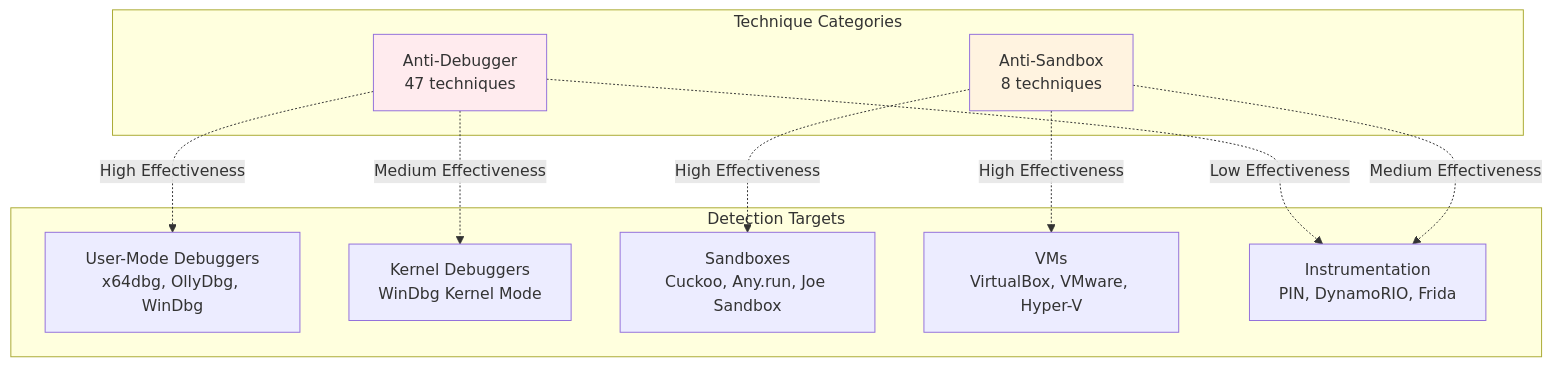
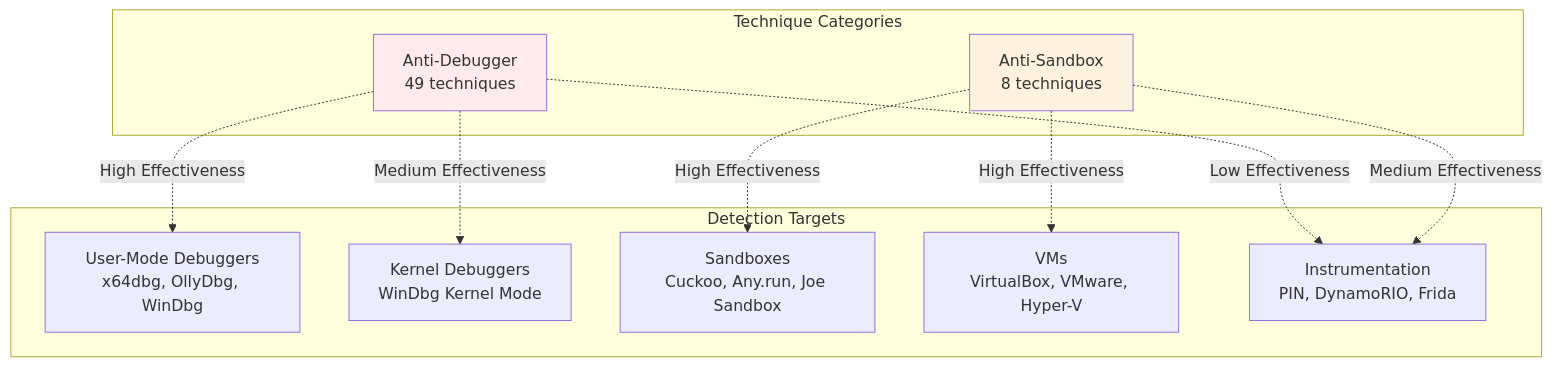
The seventh of 8 diagrams in docs/diagrams/taxonomy.md (mabj/anti), drawn with Mermaid before and after one commit. The commit also changed other lines of this file and 8 other files, not shown here.

````diff
--- a/docs/diagrams/taxonomy.md
+++ b/docs/diagrams/taxonomy.md
@@ -221,26 +222,26 @@
 ```mermaid
 graph TB
     subgraph Detection Targets
         T1[User-Mode Debuggers<br/>x64dbg, OllyDbg, WinDbg]
         T2[Kernel Debuggers<br/>WinDbg Kernel Mode]
         T3[Sandboxes<br/>Cuckoo, Any.run, Joe Sandbox]
         T4[VMs<br/>VirtualBox, VMware, Hyper-V]
         T5[Instrumentation<br/>PIN, DynamoRIO, Frida]
     end
 
     subgraph Technique Categories
-        C1[Anti-Debugger<br/>47 techniques]
+        C1[Anti-Debugger<br/>49 techniques]
         C2[Anti-Sandbox<br/>8 techniques]
     end
 
     C1 -.High Effectiveness.-> T1
     C1 -.Medium Effectiveness.-> T2
     C1 -.Low Effectiveness.-> T5
 
     C2 -.High Effectiveness.-> T3
     C2 -.High Effectiveness.-> T4
     C2 -.Medium Effectiveness.-> T5
 
     style C1 fill:#ffebee
     style C2 fill:#fff3e0
 ```
````
